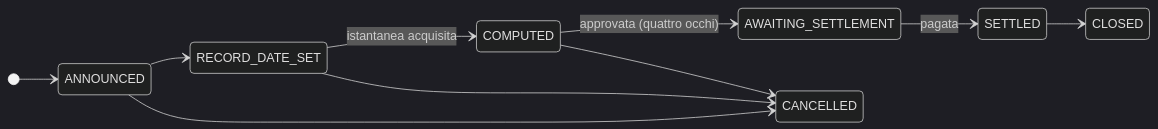
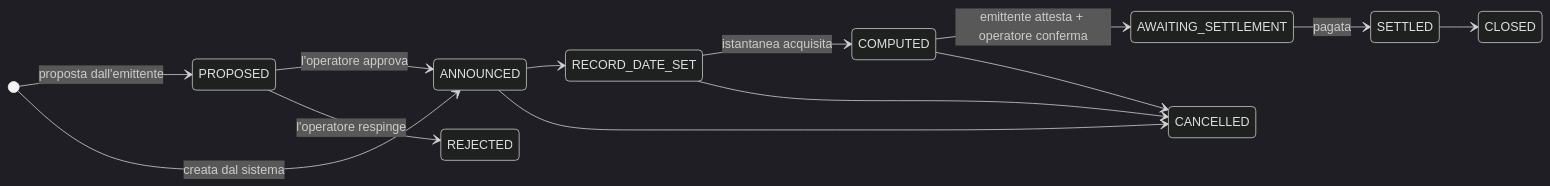
The first of 2 diagrams in docs/customer/lifecycle/redemption.it.md (makibytes/registerwerk), drawn with Mermaid (dark theme) before and after one commit. The commit also changed other lines of this file and 197 other files, not shown here.

````diff
--- a/docs/customer/lifecycle/redemption.it.md
+++ b/docs/customer/lifecycle/redemption.it.md
@@ -52,13 +52,16 @@
 ```mermaid
 stateDiagram-v2
     direction LR
-    [*] --> ANNOUNCED
+    [*] --> PROPOSED: proposta dall'emittente
+    [*] --> ANNOUNCED: creata dal sistema
+    PROPOSED --> ANNOUNCED: l'operatore approva
+    PROPOSED --> REJECTED: l'operatore respinge
     ANNOUNCED --> RECORD_DATE_SET
     RECORD_DATE_SET --> COMPUTED: istantanea acquisita
-    COMPUTED --> AWAITING_SETTLEMENT: approvata (quattro occhi)
+    COMPUTED --> AWAITING_SETTLEMENT: emittente attesta + operatore conferma
     AWAITING_SETTLEMENT --> SETTLED: pagata
     SETTLED --> CLOSED
     ANNOUNCED --> CANCELLED
     RECORD_DATE_SET --> CANCELLED
     COMPUTED --> CANCELLED
 ```
````
